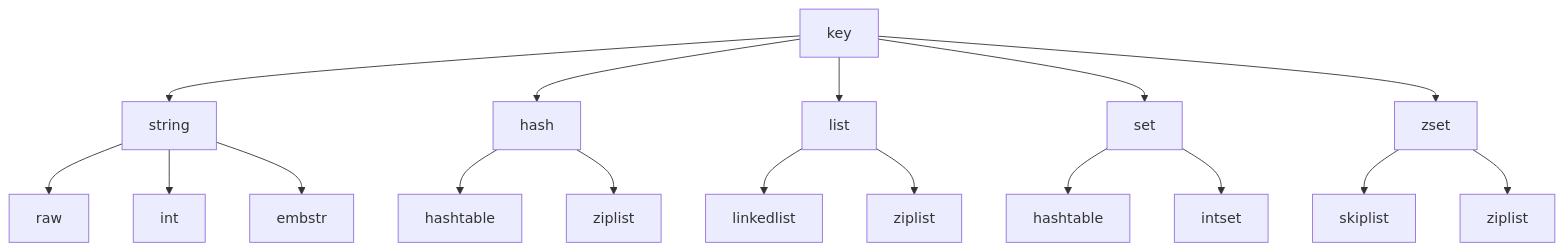
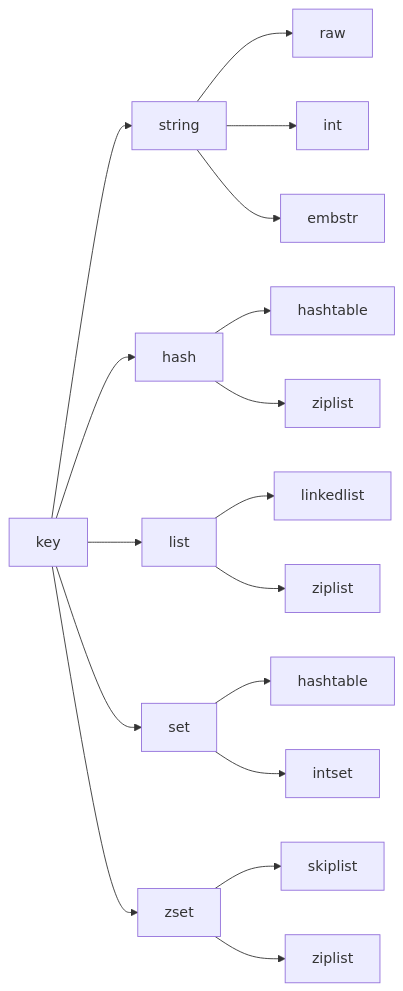
One commit to supermoonie/md changed the diagram in source/_posts/Redis开发与运维.md. Above: the diagram before and after it, drawn with Mermaid. The commit also changed 1 other file, not shown here.

````diff
--- a/source/_posts/Redis开发与运维.md
+++ b/source/_posts/Redis开发与运维.md
@@ -73,19 +73,19 @@
 ```mermaid
-  graph TB
+  graph LR
     key --> string
     key --> hash
     key --> list
     key --> set
     key --> zset
     string --> raw
     string --> int
     string --> embstr
     hash --> hashtable_1[hashtable]
     hash --> ziplist_1[ziplist]
     list --> linkedlist
     list --> ziplist_2[ziplist]
     set --> hashtable_2[hashtable]
     set --> intset
     zset --> skiplist
     zset --> ziplist_3[ziplist]
 ```
````
